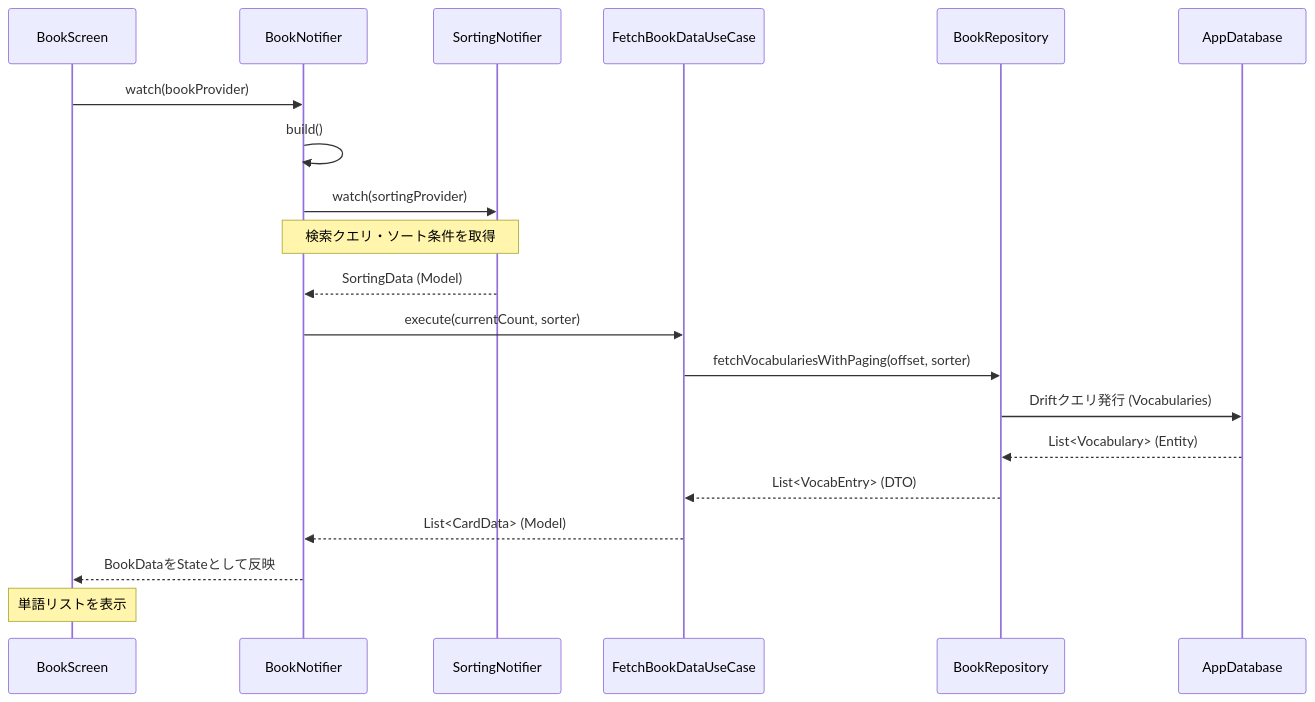
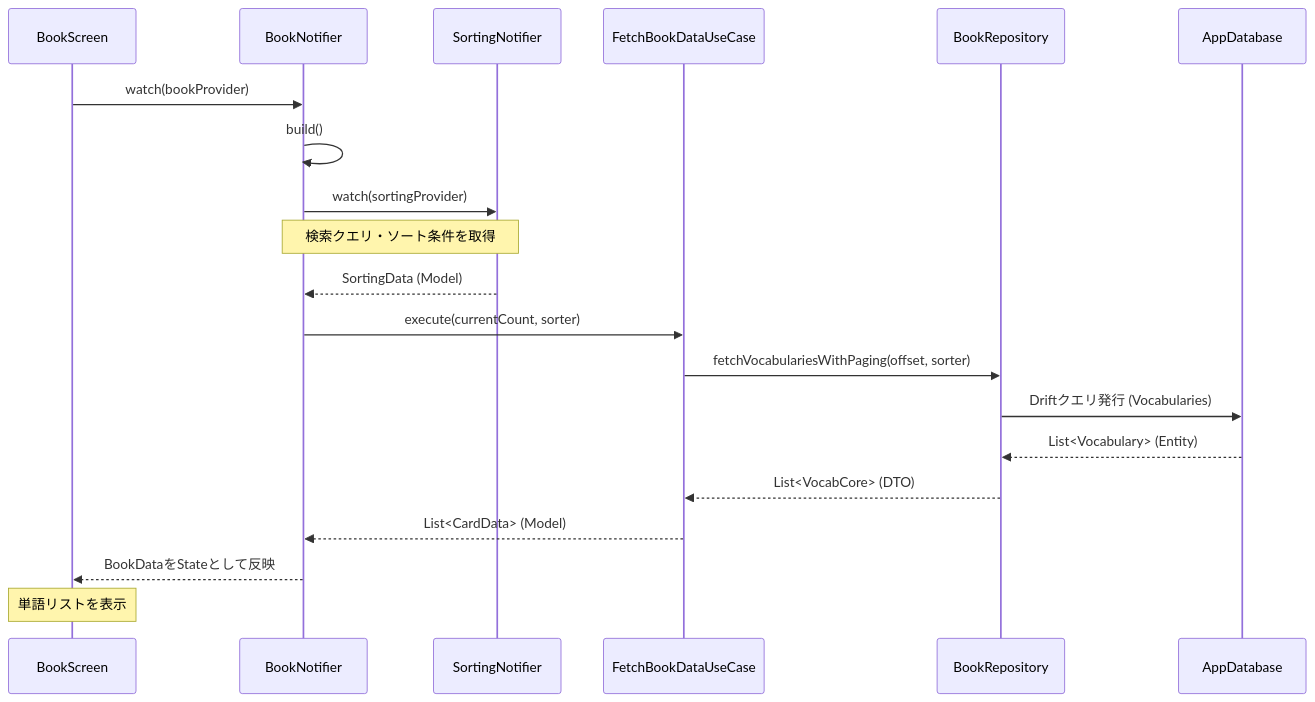
One commit to kokke1302/edb changed the first of 2 diagrams in docs/人間向け技術資料.md. Above: the diagram before and after it, drawn with Mermaid. The commit also changed other lines of this file and 124 other files, not shown here.

````diff
--- a/docs/人間向け技術資料.md
+++ b/docs/人間向け技術資料.md
@@ -370,23 +370,23 @@
 ```mermaid
 sequenceDiagram
     participant UI as BookScreen
     participant VM as BookNotifier
     participant SVM as SortingNotifier
     participant UC as FetchBookDataUseCase
     participant Repo as BookRepository
     participant DB as AppDatabase
 
     UI->>VM: watch(bookProvider)
     VM->>VM: build()
     VM->>SVM: watch(sortingProvider)
     Note over VM,SVM: 検索クエリ・ソート条件を取得
     SVM-->>VM: SortingData (Model)
     VM->>UC: execute(currentCount, sorter)
     UC->>Repo: fetchVocabulariesWithPaging(offset, sorter)
     Repo->>DB: Driftクエリ発行 (Vocabularies)
     DB-->>Repo: List<Vocabulary> (Entity)
-    Repo-->>UC: List<VocabEntry> (DTO)
+    Repo-->>UC: List<VocabCore> (DTO)
     UC-->>VM: List<CardData> (Model)
     VM-->>UI: BookDataをStateとして反映
     Note over UI: 単語リストを表示
 ```
````
